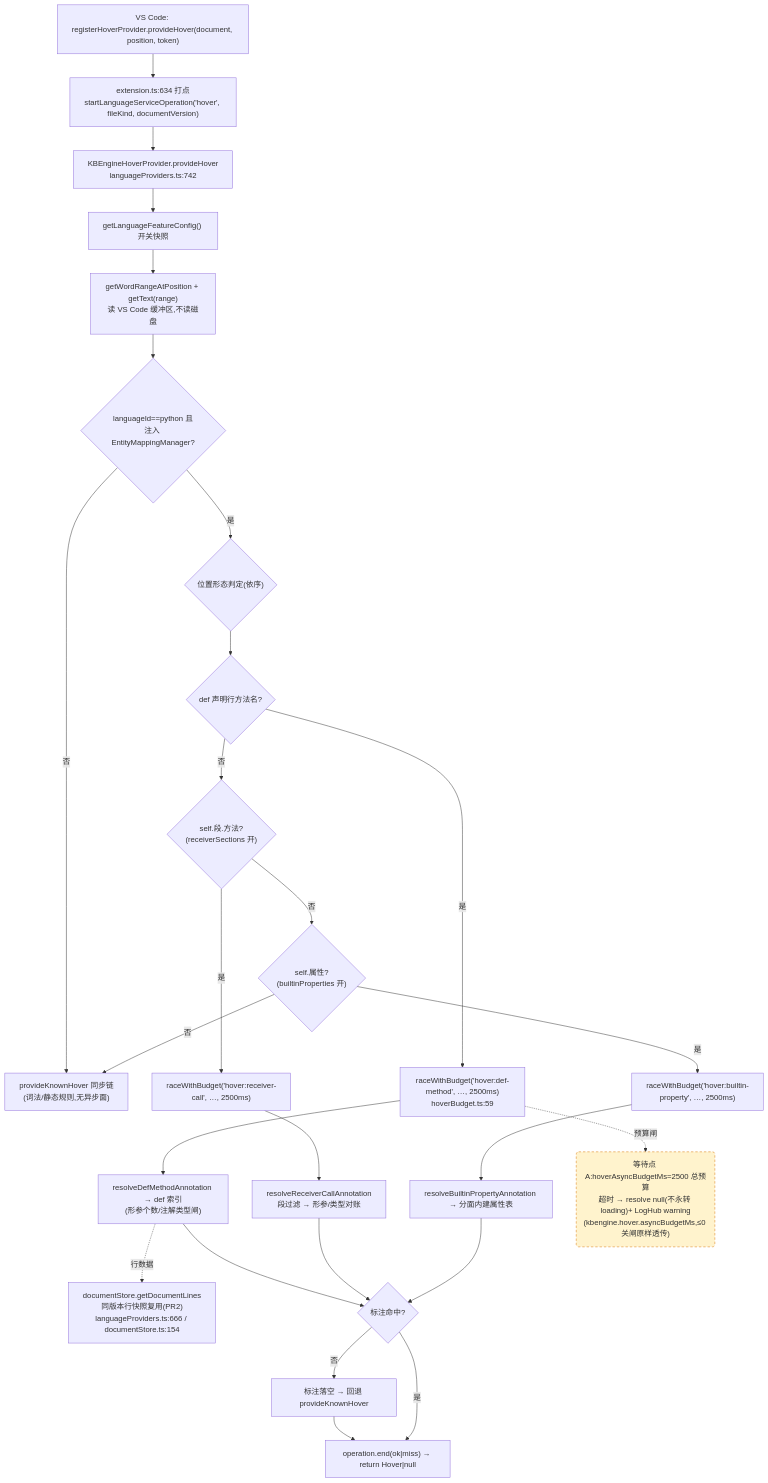
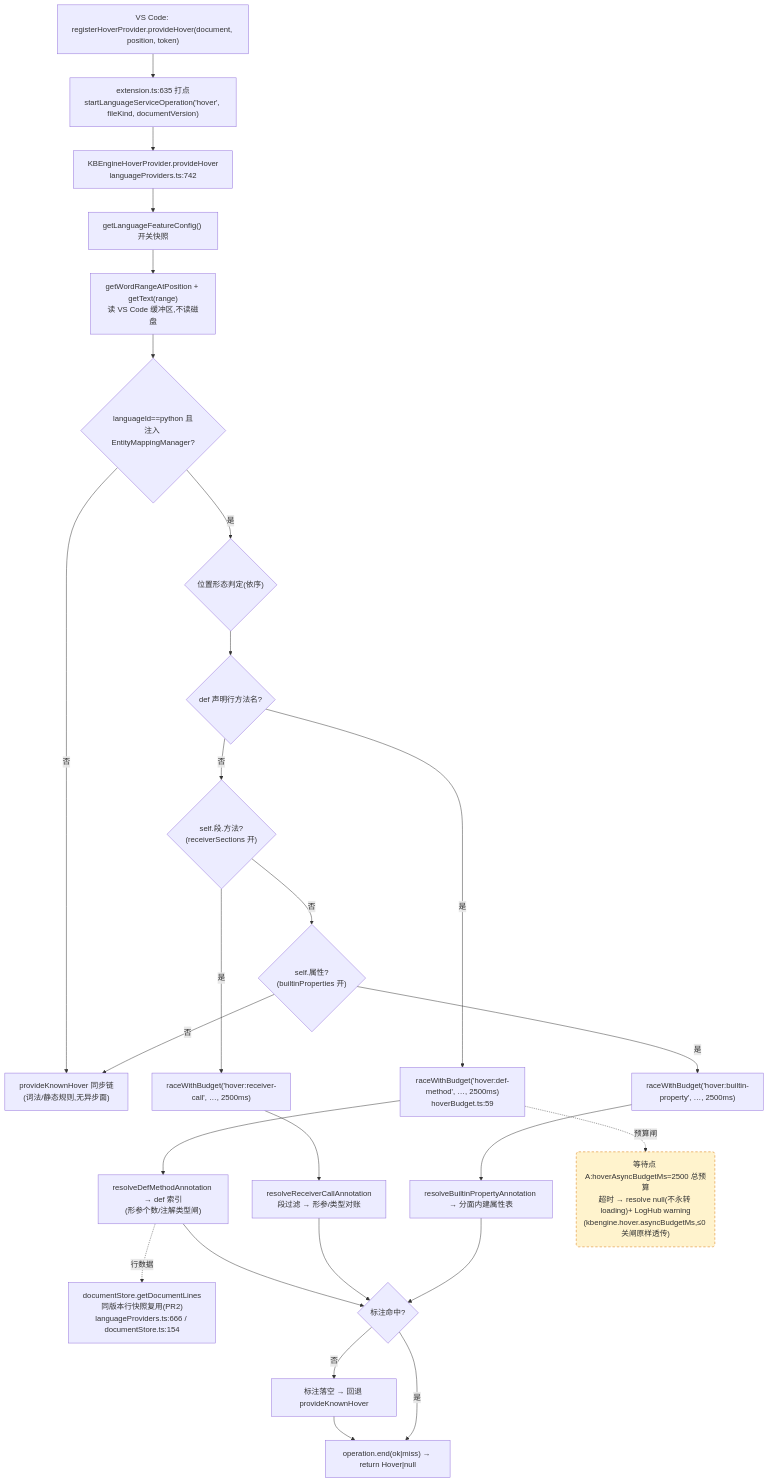
Before and after one commit to cuihairu/kode: the first of 4 diagrams in docs/perf/2026-baseline.md, drawn with Mermaid. The commit also changed other lines of this file and 13 other files, not shown here.

````diff
--- a/docs/perf/2026-baseline.md
+++ b/docs/perf/2026-baseline.md
@@ -82,45 +82,45 @@
 ```mermaid
 flowchart TD
   VC1["VS Code: registerHoverProvider.provideHover(document, position, token)"]
-  M1["extension.ts:634 打点<br/>startLanguageServiceOperation('hover', fileKind, documentVersion)"]
+  M1["extension.ts:635 打点<br/>startLanguageServiceOperation('hover', fileKind, documentVersion)"]
   HP["KBEngineHoverProvider.provideHover<br/>languageProviders.ts:742"]
   CFG["getLanguageFeatureConfig() 开关快照"]
   WORD["getWordRangeAtPosition + getText(range)<br/>读 VS Code 缓冲区,不读磁盘"]
   BR{"languageId==python 且<br/>注入 EntityMappingManager?"}
   KN["provideKnownHover 同步链<br/>(词法/静态规则,无异步面)"]
   POS{"位置形态判定(依序)"}
   D1{"def 声明行方法名?"}
   D2{"self.段.方法?<br/>(receiverSections 开)"}
   D3{"self.属性?<br/>(builtinProperties 开)"}
   RA1["raceWithBudget('hover:def-method', …, 2500ms)<br/>hoverBudget.ts:59"]
   RA2["raceWithBudget('hover:receiver-call', …, 2500ms)"]
   RA3["raceWithBudget('hover:builtin-property', …, 2500ms)"]
   RS1["resolveDefMethodAnnotation → def 索引<br/>(形参个数/注解类型闸)"]
   RS2["resolveReceiverCallAnnotation<br/>段过滤 → 形参/类型对账"]
   RS3["resolveBuiltinPropertyAnnotation → 分面内建属性表"]
   LINES["documentStore.getDocumentLines<br/>同版本行快照复用(PR2)<br/>languageProviders.ts:666 / documentStore.ts:154"]
   MISS["标注落空 → 回退 provideKnownHover"]
   END1["operation.end(ok|miss) → return Hover|null"]
 
   VC1 --> M1 --> HP --> CFG --> WORD --> BR
   BR -- "否" --> KN
   BR -- "是" --> POS --> D1
   D1 -- "是" --> RA1 --> RS1
   D1 -- "否" --> D2
   D2 -- "是" --> RA2 --> RS2
   D2 -- "否" --> D3
   D3 -- "是" --> RA3 --> RS3
   D3 -- "否" --> KN
   RS1 --> HIT{"标注命中?"}
   RS2 --> HIT
   RS3 --> HIT
   RS1 -.->|行数据| LINES
   HIT -- "否" --> MISS --> END1
   HIT -- "是" --> END1
 
   WAITA("等待点 A:hoverAsyncBudgetMs=2500 总预算<br/>超时 → resolve null(不永转 loading)+ LogHub warning<br/>(kbengine.hover.asyncBudgetMs,≤0 关闸原样透传)")
   RA1 -.->|预算闸| WAITA
 
   classDef waitPoint fill:#fff3cd,stroke:#d97706,stroke-dasharray:5 4;
   class WAITA waitPoint;
 ```
````
